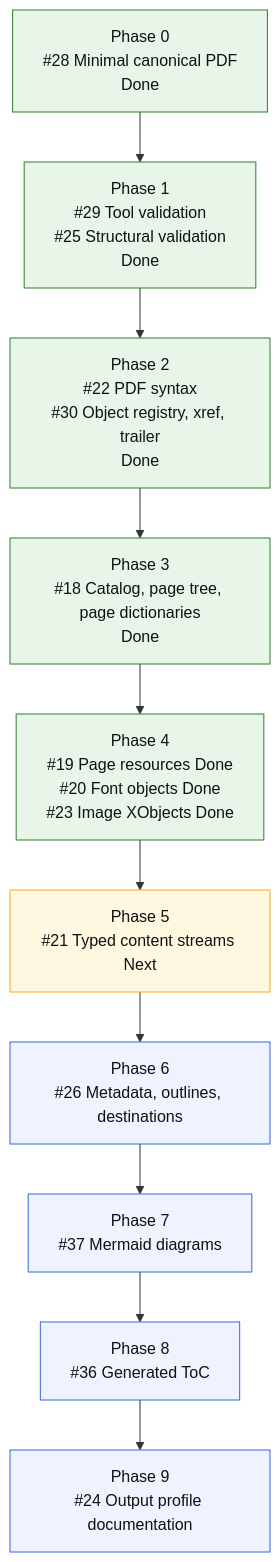
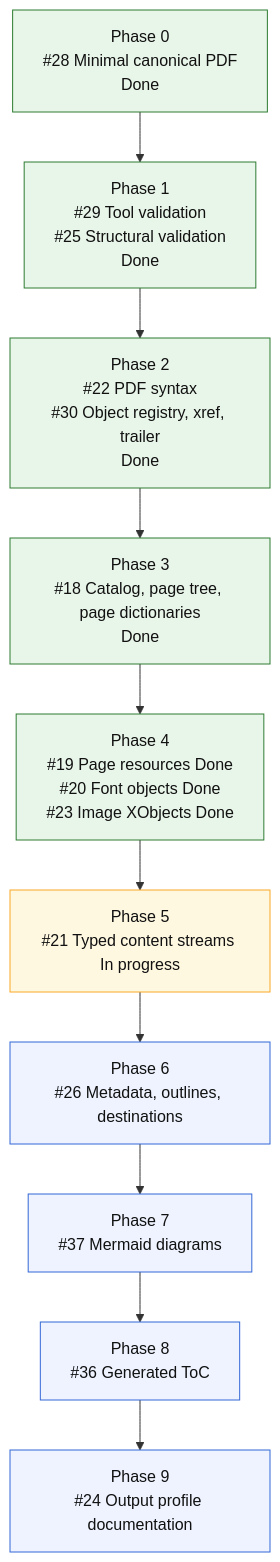
The diagram in README.md (mihaelamj/MarkdownPDF), drawn with Mermaid before and after one commit. The commit also changed other lines of this file and 5 other files, not shown here.

````diff
--- a/README.md
+++ b/README.md
@@ -126,22 +126,22 @@
 ```mermaid
 flowchart TD
     P0["Phase 0<br/>#28 Minimal canonical PDF<br/>Done"]
     P1["Phase 1<br/>#29 Tool validation<br/>#25 Structural validation<br/>Done"]
     P2["Phase 2<br/>#22 PDF syntax<br/>#30 Object registry, xref, trailer<br/>Done"]
     P3["Phase 3<br/>#18 Catalog, page tree, page dictionaries<br/>Done"]
     P4["Phase 4<br/>#19 Page resources Done<br/>#20 Font objects Done<br/>#23 Image XObjects Done"]
-    P5["Phase 5<br/>#21 Typed content streams Next"]
+    P5["Phase 5<br/>#21 Typed content streams In progress"]
     P6["Phase 6<br/>#26 Metadata, outlines, destinations"]
     P7["Phase 7<br/>#37 Mermaid diagrams"]
     P8["Phase 8<br/>#36 Generated ToC"]
     P9["Phase 9<br/>#24 Output profile documentation"]
 
     P0 --> P1 --> P2 --> P3 --> P4 --> P5 --> P6 --> P7 --> P8 --> P9
 
     classDef done fill:#e8f5e9,stroke:#2e7d32,color:#111;
     classDef next fill:#fff8e1,stroke:#f9a825,color:#111;
     classDef todo fill:#eef3ff,stroke:#3367d6,color:#111;
     class P0,P1,P2,P3,P4 done;
     class P5 next;
     class P6,P7,P8,P9 todo;
 ```
````
